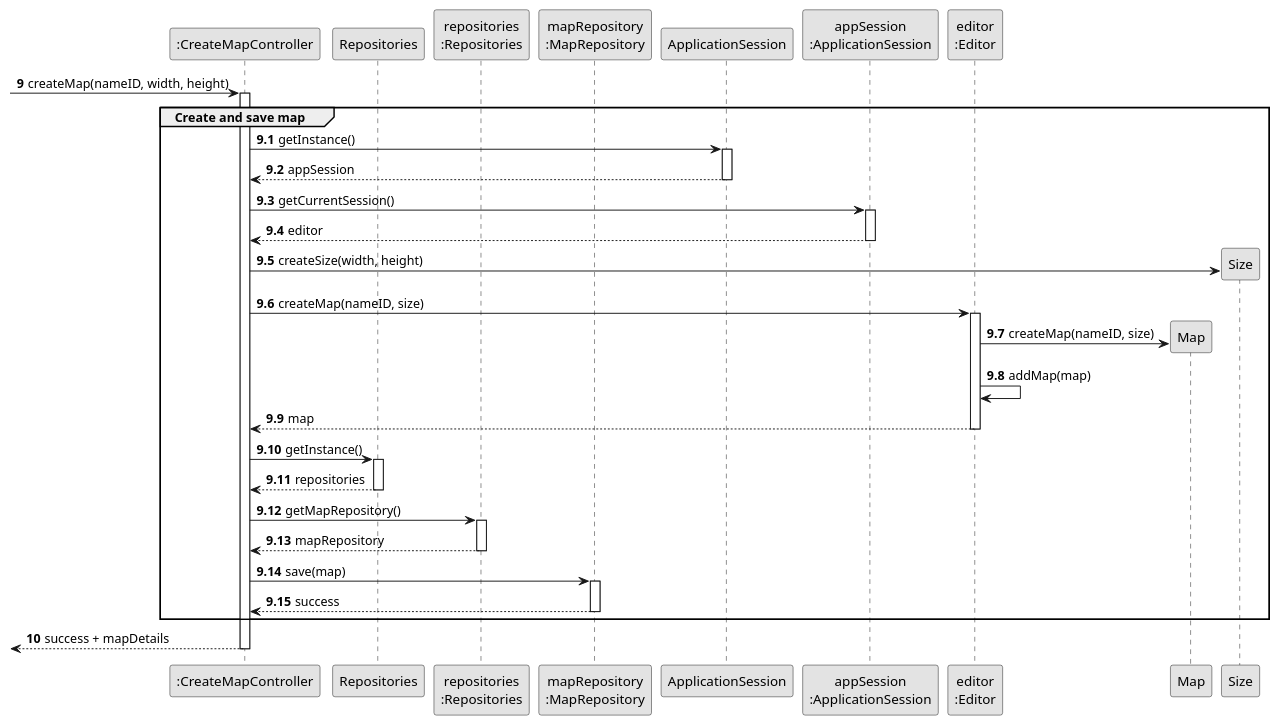
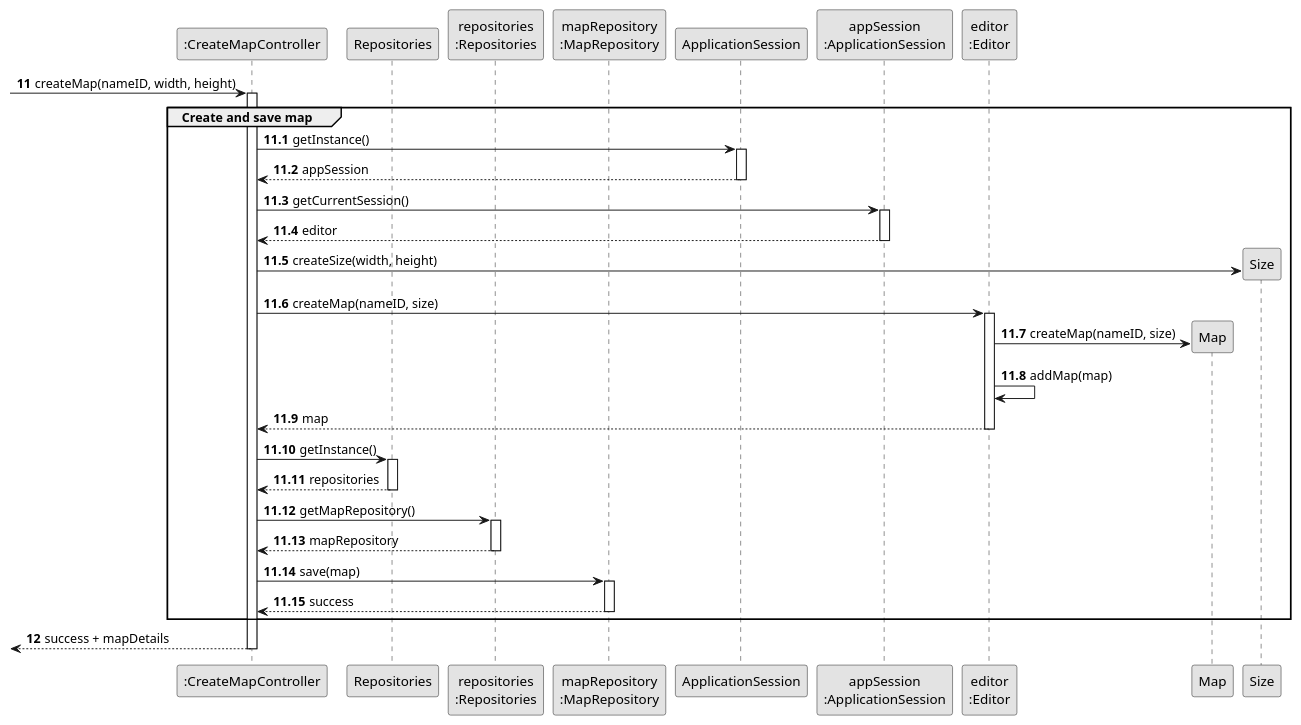
The diagram in docs/system-documentation/Sprint 2/US01/03.design/puml/US01-SD-create-and-save-map.puml (HenriqueSilva18/Railway-Network-Simulator), drawn with PlantUML before and after one commit. The commit also changed 23 other files, not shown here.

```diff
--- a/docs/system-documentation/Sprint 2/US01/03.design/puml/US01-SD-create-and-save-map.puml
+++ b/docs/system-documentation/Sprint 2/US01/03.design/puml/US01-SD-create-and-save-map.puml
@@ -1,62 +1,62 @@
 @startuml
 skinparam monochrome true
 skinparam packageStyle rectangle
 skinparam shadowing false
 
 autonumber
 
 participant ":CreateMapController" as CTRL
 participant "Repositories" as REPOS
 participant "repositories\n:Repositories" as REPOS_SINGLETON
 participant "mapRepository\n:MapRepository" as REPOS_MAP
 participant "ApplicationSession" as APP_SESSION
 participant "appSession\n:ApplicationSession" as APP_SESSION_SINGLETON
 participant "editor\n:Editor" as EDITOR
 participant "Map" as MAP
 participant "Size" as SIZE
 
-autonumber 9
+autonumber 11
 -> CTRL: createMap(nameID, width, height)
     activate CTRL
-    autonumber 9.1
+    autonumber 11.1
     group Create and save map
         CTRL -> APP_SESSION: getInstance()
         activate APP_SESSION
             APP_SESSION --> CTRL: appSession
         deactivate APP_SESSION
         
         CTRL -> APP_SESSION_SINGLETON: getCurrentSession()
         activate APP_SESSION_SINGLETON
             APP_SESSION_SINGLETON --> CTRL: editor
         deactivate APP_SESSION_SINGLETON
         
         CTRL -> SIZE**: createSize(width, height)
         
         CTRL -> EDITOR: createMap(nameID, size)
         activate EDITOR
             EDITOR -> MAP**: createMap(nameID, size)
             
             EDITOR -> EDITOR: addMap(map)
             EDITOR --> CTRL: map
         deactivate EDITOR
         
         CTRL -> REPOS: getInstance()
         activate REPOS
             REPOS --> CTRL: repositories
         deactivate REPOS
         
         CTRL -> REPOS_SINGLETON: getMapRepository()
         activate REPOS_SINGLETON
             REPOS_SINGLETON --> CTRL: mapRepository
         deactivate REPOS_SINGLETON
         
         CTRL -> REPOS_MAP: save(map)
         activate REPOS_MAP
             REPOS_MAP --> CTRL: success
         deactivate REPOS_MAP
     end
-    autonumber 10
+    autonumber 12
     <-- CTRL: success + mapDetails
 deactivate CTRL
 
 @enduml 
```
